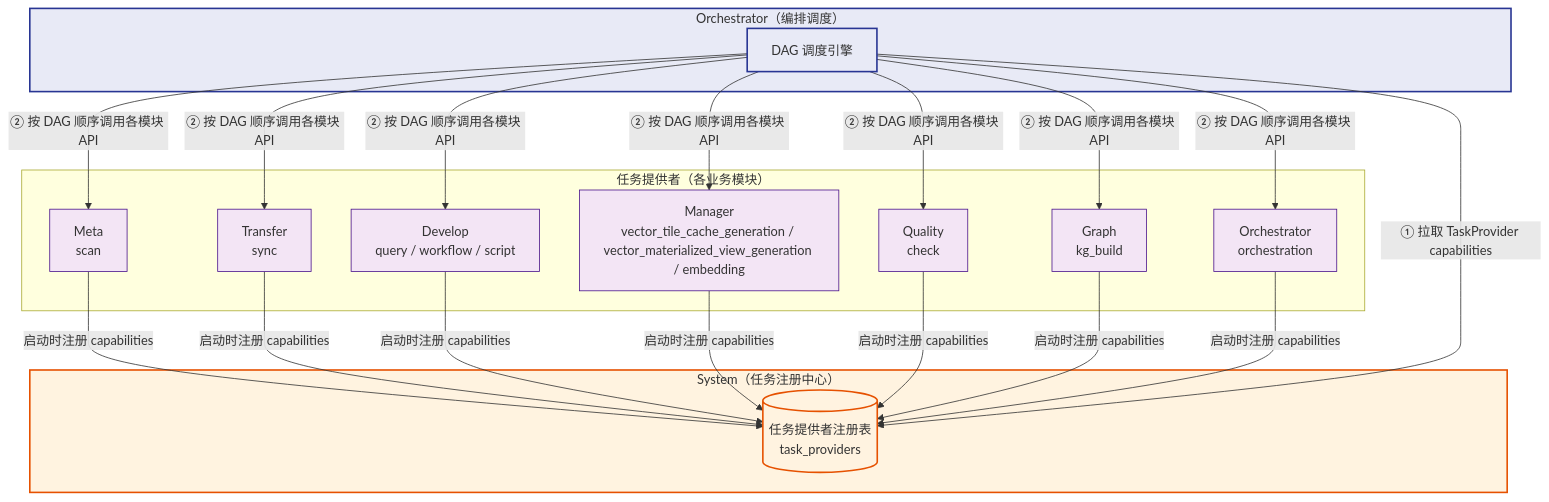
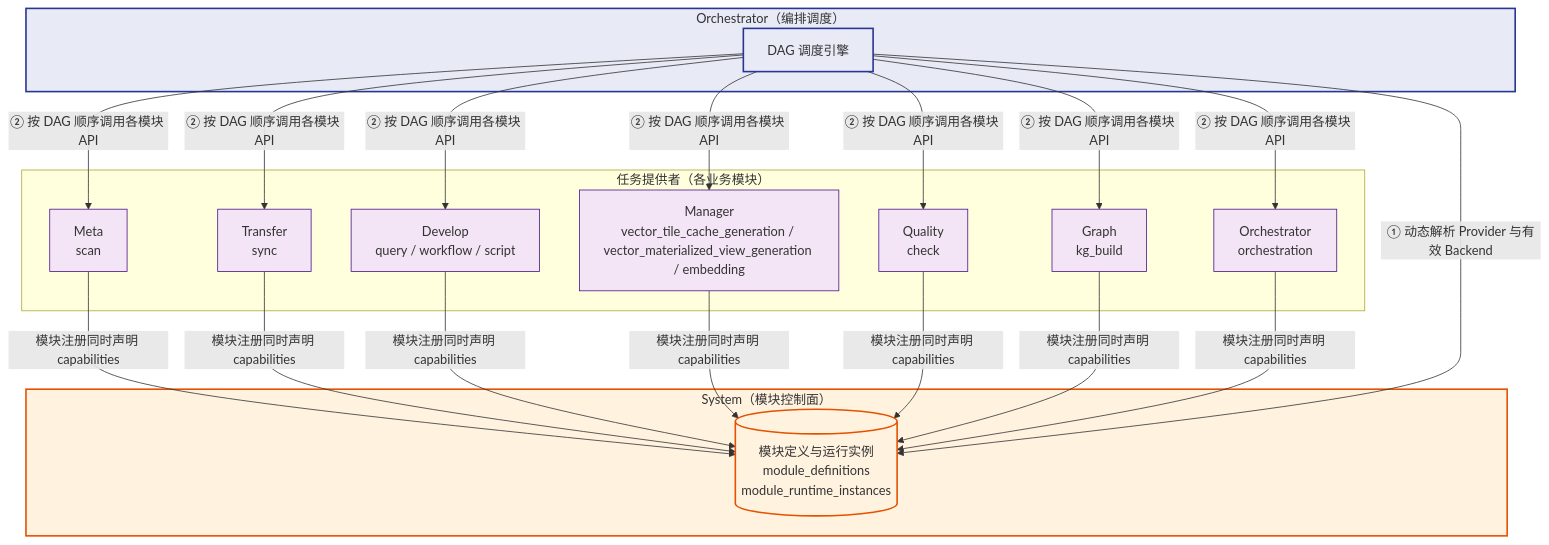
Diagram 13 of 14 in docs/concepts/addp模块架构图.md (pampa0629/addp), drawn with Mermaid before and after one commit. The commit also changed other lines of this file and 145 other files, not shown here.

````diff
--- a/docs/concepts/addp模块架构图.md
+++ b/docs/concepts/addp模块架构图.md
@@ -859,44 +866,44 @@
 ```mermaid
 graph TB
-    subgraph System["System（任务注册中心）"]
-        TaskRegistry[(任务提供者注册表<br/>task_providers)]
+    subgraph System["System（模块控制面）"]
+        ModuleRegistry[(模块定义与运行实例<br/>module_definitions<br/>module_runtime_instances)]
     end
 
     subgraph Providers["任务提供者（各业务模块）"]
         MetaT["Meta<br/>scan"]
         TransferT["Transfer<br/>sync"]
         DevelopT["Develop<br/>query / workflow / script"]
         ManagerT["Manager<br/>vector_tile_cache_generation / vector_materialized_view_generation / embedding"]
         QualityT["Quality<br/>check"]
         GraphT["Graph<br/>kg_build"]
         OrchestratorT["Orchestrator<br/>orchestration"]
 
-        MetaT   -->|"启动时注册 capabilities"| TaskRegistry
-        TransferT -->|"启动时注册 capabilities"| TaskRegistry
-        DevelopT -->|"启动时注册 capabilities"| TaskRegistry
-        ManagerT -->|"启动时注册 capabilities"| TaskRegistry
-        QualityT -->|"启动时注册 capabilities"| TaskRegistry
-        GraphT -->|"启动时注册 capabilities"| TaskRegistry
-        OrchestratorT -->|"启动时注册 capabilities"| TaskRegistry
+        MetaT   -->|"模块注册同时声明 capabilities"| ModuleRegistry
+        TransferT -->|"模块注册同时声明 capabilities"| ModuleRegistry
+        DevelopT -->|"模块注册同时声明 capabilities"| ModuleRegistry
+        ManagerT -->|"模块注册同时声明 capabilities"| ModuleRegistry
+        QualityT -->|"模块注册同时声明 capabilities"| ModuleRegistry
+        GraphT -->|"模块注册同时声明 capabilities"| ModuleRegistry
+        OrchestratorT -->|"模块注册同时声明 capabilities"| ModuleRegistry
     end
 
     subgraph Orchestrator["Orchestrator（编排调度）"]
         DAGEngine["DAG 调度引擎"]
-        DAGEngine -->|"① 拉取 TaskProvider capabilities"| TaskRegistry
+        DAGEngine -->|"① 动态解析 Provider 与有效 Backend"| ModuleRegistry
         DAGEngine -->|"② 按 DAG 顺序调用各模块 API"| MetaT
         DAGEngine -->|"② 按 DAG 顺序调用各模块 API"| TransferT
         DAGEngine -->|"② 按 DAG 顺序调用各模块 API"| DevelopT
         DAGEngine -->|"② 按 DAG 顺序调用各模块 API"| ManagerT
         DAGEngine -->|"② 按 DAG 顺序调用各模块 API"| QualityT
         DAGEngine -->|"② 按 DAG 顺序调用各模块 API"| GraphT
         DAGEngine -->|"② 按 DAG 顺序调用各模块 API"| OrchestratorT
     end
 
     classDef system fill:#fff3e0,stroke:#e65100,stroke-width:2px
     classDef provider fill:#f3e5f5,stroke:#4a148c
     classDef orch fill:#e8eaf6,stroke:#283593,stroke-width:2px
 
-    class System,TaskRegistry system
+    class System,ModuleRegistry system
     class MetaT,TransferT,DevelopT,ManagerT,QualityT,GraphT,OrchestratorT provider
     class Orchestrator,DAGEngine orch
 ```
````
